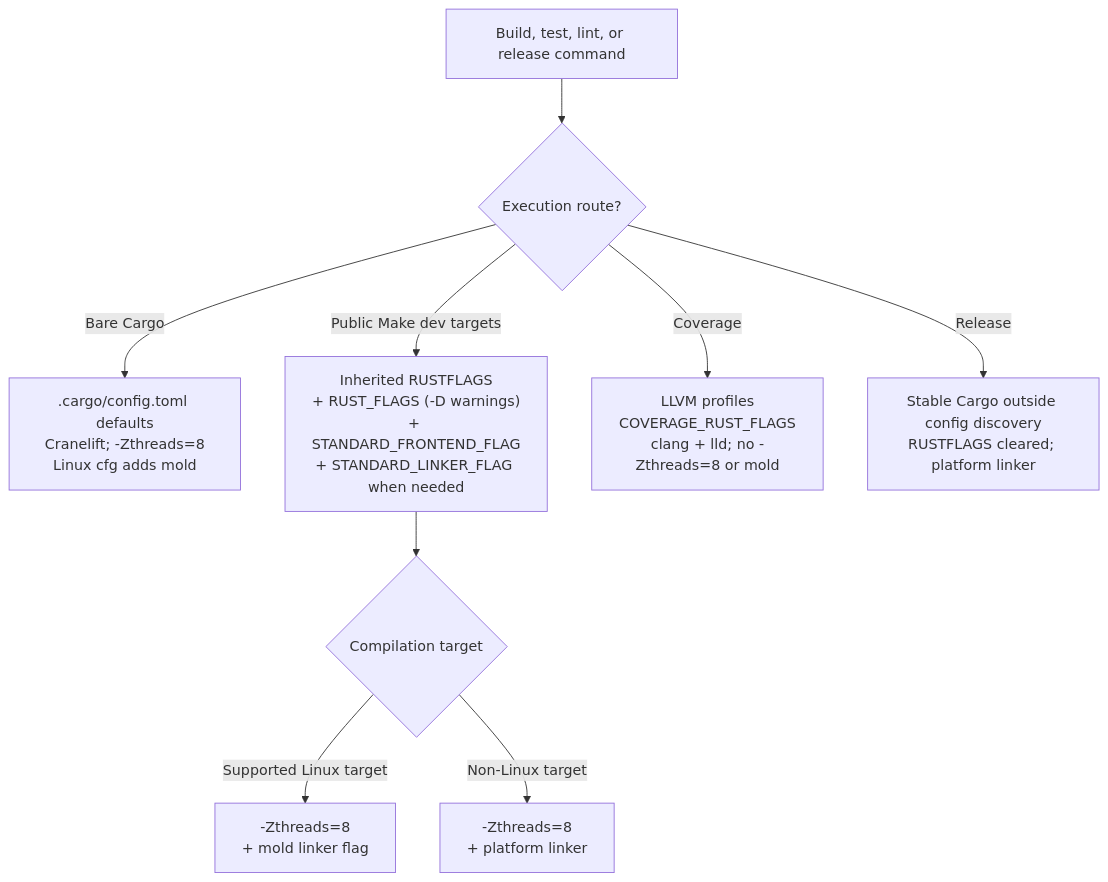
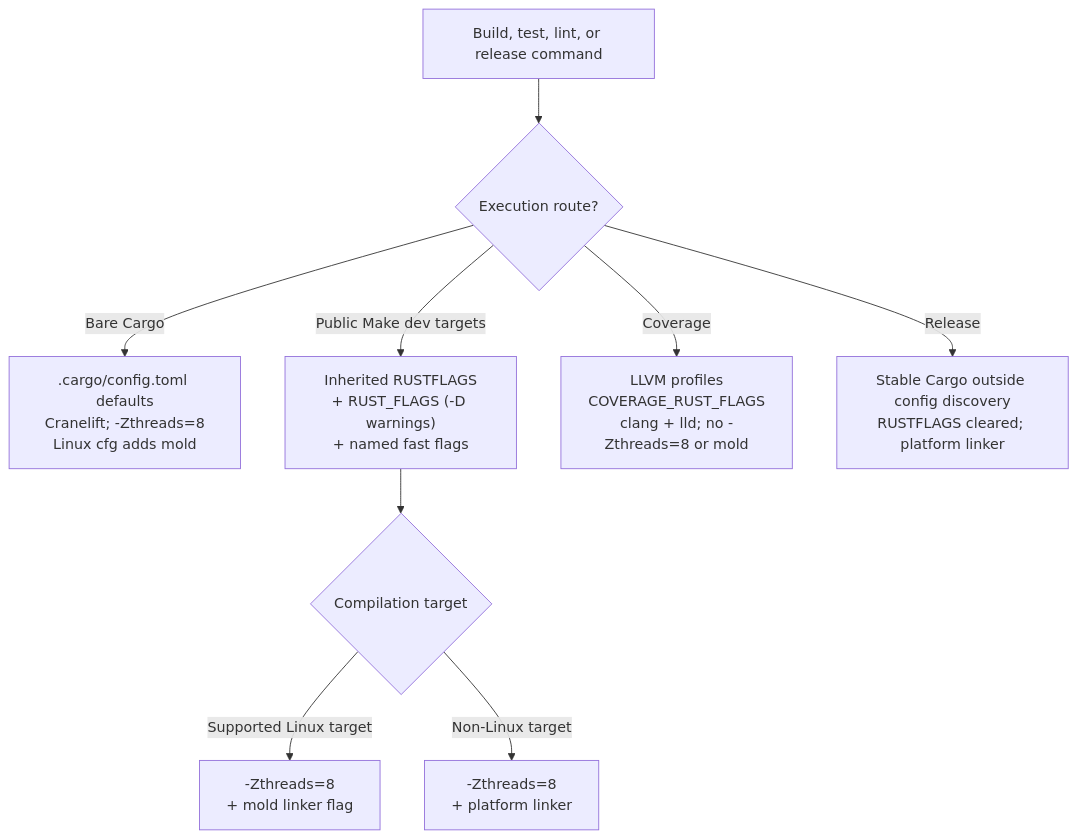
One commit to leynos/cabochon changed the diagram in docs/developers-guide.md. Above: the diagram before and after it, drawn with Mermaid.

Commit message:
Shorten the build-standard diagram label to the line-length limit

````diff
--- a/docs/developers-guide.md
+++ b/docs/developers-guide.md
@@ -232,11 +232,11 @@
 ```mermaid
 flowchart TD
     start["Build, test, lint, or release command"] --> route{"Execution route?"}
     route -->|"Bare Cargo"| config[".cargo/config.toml defaults<br/>Cranelift; -Zthreads=8<br/>Linux cfg adds mold"]
-    route -->|"Public Make dev targets"| compose["Inherited RUSTFLAGS<br/>+ RUST_FLAGS (-D warnings)<br/>+ STANDARD_FRONTEND_FLAG<br/>+ STANDARD_LINKER_FLAG when needed"]
+    route -->|"Public Make dev targets"| compose["Inherited RUSTFLAGS<br/>+ RUST_FLAGS (-D warnings)<br/>+ named fast flags"]
     compose --> target{"Compilation target"}
     target -->|"Supported Linux target"| mold["-Zthreads=8<br/>+ mold linker flag"]
     target -->|"Non-Linux target"| platform["-Zthreads=8<br/>+ platform linker"]
     route -->|"Coverage"| cov["LLVM profiles<br/>COVERAGE_RUST_FLAGS<br/>clang + lld; no -Zthreads=8 or mold"]
     route -->|"Release"| stable["Stable Cargo outside config discovery<br/>RUSTFLAGS cleared; platform linker"]
 ```
````
